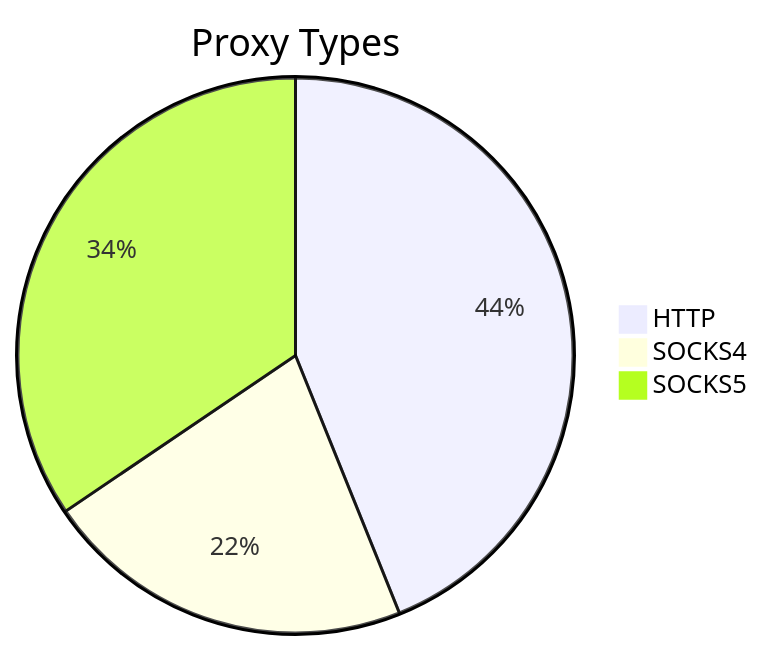
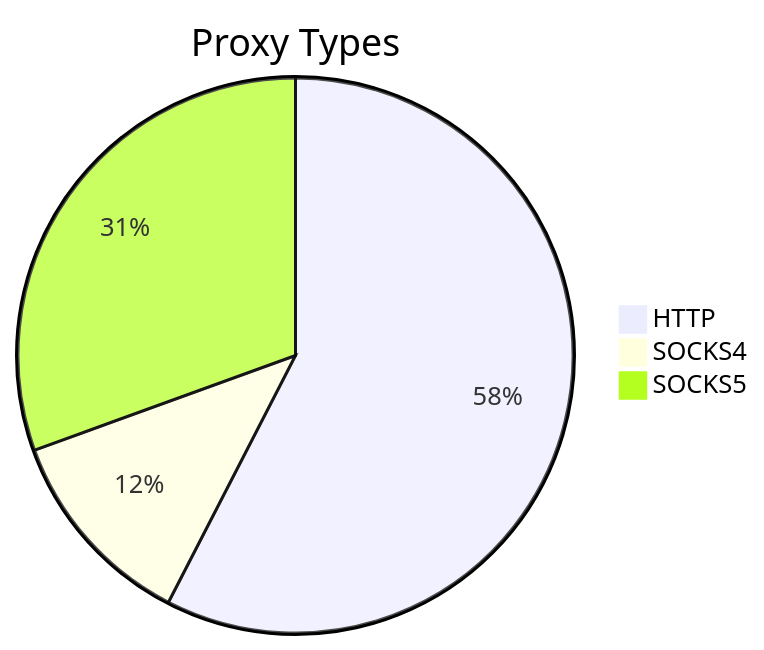
One commit to stormsia/proxy-list changed the first of 2 diagrams in README.md. Above: the diagram before and after it, drawn with Mermaid. The commit also changed other lines of this file, not shown here.

````diff
--- a/README.md
+++ b/README.md
@@ -21,6 +21,6 @@
 ```mermaid
 pie title Proxy Types
-    "HTTP" : 205
-    "SOCKS4" : 101
-    "SOCKS5" : 161
+    "HTTP" : 213
+    "SOCKS4" : 44
+    "SOCKS5" : 113
 ```
````
